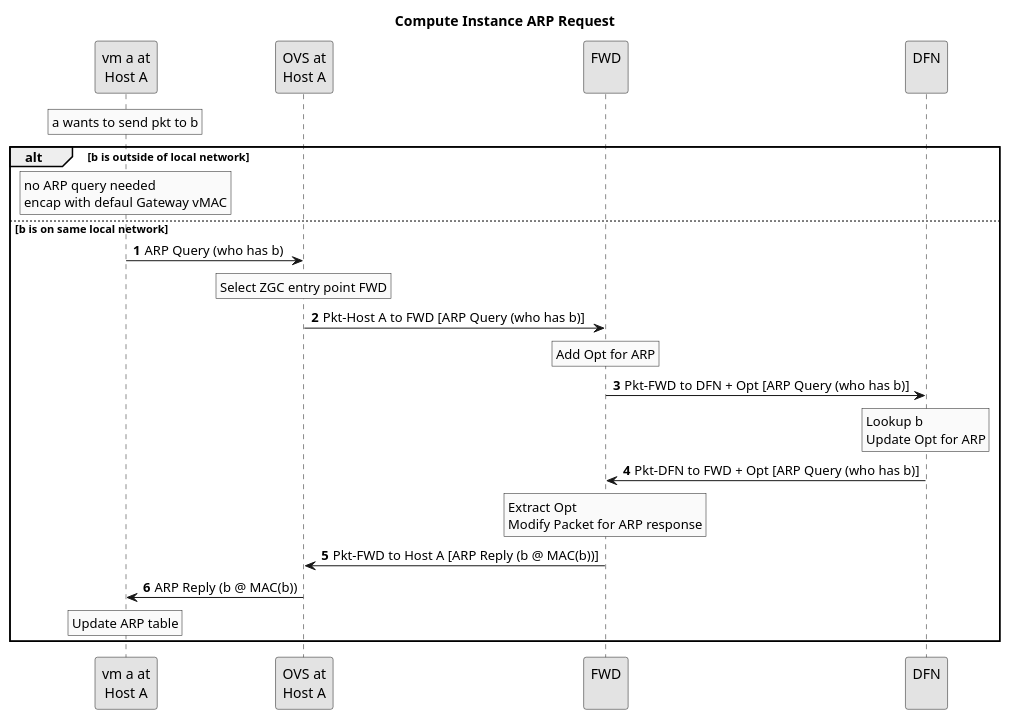
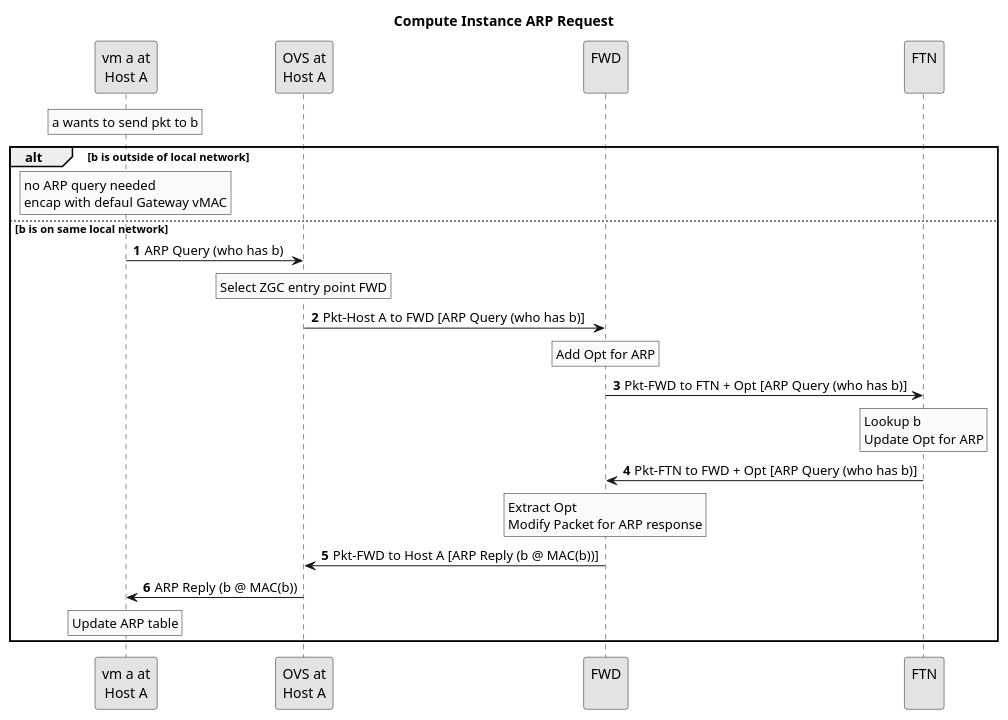
The diagram in docs/design/puml/zeta_packet_farwarding_normal_arp_request.puml (CentaurusInfra/mizar), drawn with PlantUML before and after one commit. The commit also changed 13 other files, not shown here.

Commit message:
Zeta SDD: change DFN to FTN to be consistent

```diff
--- a/docs/design/puml/zeta_packet_farwarding_normal_arp_request.puml
+++ b/docs/design/puml/zeta_packet_farwarding_normal_arp_request.puml
@@ -1,66 +1,66 @@
 @startuml
 
 ' SPDX-License-Identifier: MIT
 ' Copyright (c) 2020 The Authors.
 
 ' Authors: Bin Liang
 
 ' Permission is hereby granted, free of charge, to any person obtaining a copy
 ' of this software and associated documentation files (the "Software"), to deal
 ' in the Software without restriction, including without limitation the rights
 ' to use, copy, modify, merge, publish, distribute, sublicense, and/or sell
 ' copies of the Software, and to permit persons to whom the Software is
 ' furnished to do so, subject to the following conditions:The above copyright
 ' notice and this permission notice shall be included in all copies or
 ' substantial portions of the Software.THE SOFTWARE IS PROVIDED "AS IS",
 ' WITHOUT WARRANTY OF ANY KIND, EXPRESS OR IMPLIED, INCLUDING BUT NOT LIMITED
 ' TO THE WARRANTIES OF MERCHANTABILITY, FITNESS FOR A PARTICULAR PURPOSE AND
 ' NONINFRINGEMENT. IN NO EVENT SHALL THE AUTHORS OR COPYRIGHT HOLDERS BE LIABLE
 ' FOR ANY CLAIM, DAMAGES OR OTHER LIABILITY, WHETHER IN AN ACTION OF CONTRACT,
 ' TORT OR OTHERWISE, ARISING FROM, OUT OF OR IN CONNECTION WITH THE SOFTWARE OR
 ' THE USE OR OTHER DEALINGS IN THE SOFTWARE.
 
 title Compute Instance ARP Request
 skinparam monochrome true
 autonumber
 
 participant "vm a at\nHost A" as a
 participant "OVS at\nHost A" as oa
 participant "FWD\n" as FWD
-participant "DFN\n" as DFN
+participant "FTN\n" as FTN
 
 rnote over a
     a wants to send pkt to b
 endrnote
 alt b is outside of local network
     rnote over a
         no ARP query needed
         encap with defaul Gateway vMAC
     endrnote
 else b is on same local network
     a -> oa: ARP Query (who has b)
     rnote over oa
         Select ZGC entry point FWD
     endrnote
     oa -> FWD: Pkt-Host A to FWD [ARP Query (who has b)]
     rnote over FWD
         Add Opt for ARP
     endrnote
-    FWD -> DFN: Pkt-FWD to DFN + Opt [ARP Query (who has b)]
-    rnote over DFN
+    FWD -> FTN: Pkt-FWD to FTN + Opt [ARP Query (who has b)]
+    rnote over FTN
         Lookup b
         Update Opt for ARP
     endrnote
-    DFN -> FWD: Pkt-DFN to FWD + Opt [ARP Query (who has b)]
+    FTN -> FWD: Pkt-FTN to FWD + Opt [ARP Query (who has b)]
     rnote over FWD
         Extract Opt
         Modify Packet for ARP response
     endrnote
     FWD -> oa: Pkt-FWD to Host A [ARP Reply (b @ MAC(b))]
     oa -> a: ARP Reply (b @ MAC(b))
     rnote over a
         Update ARP table
     endrnote
 end
 
 @enduml
```
